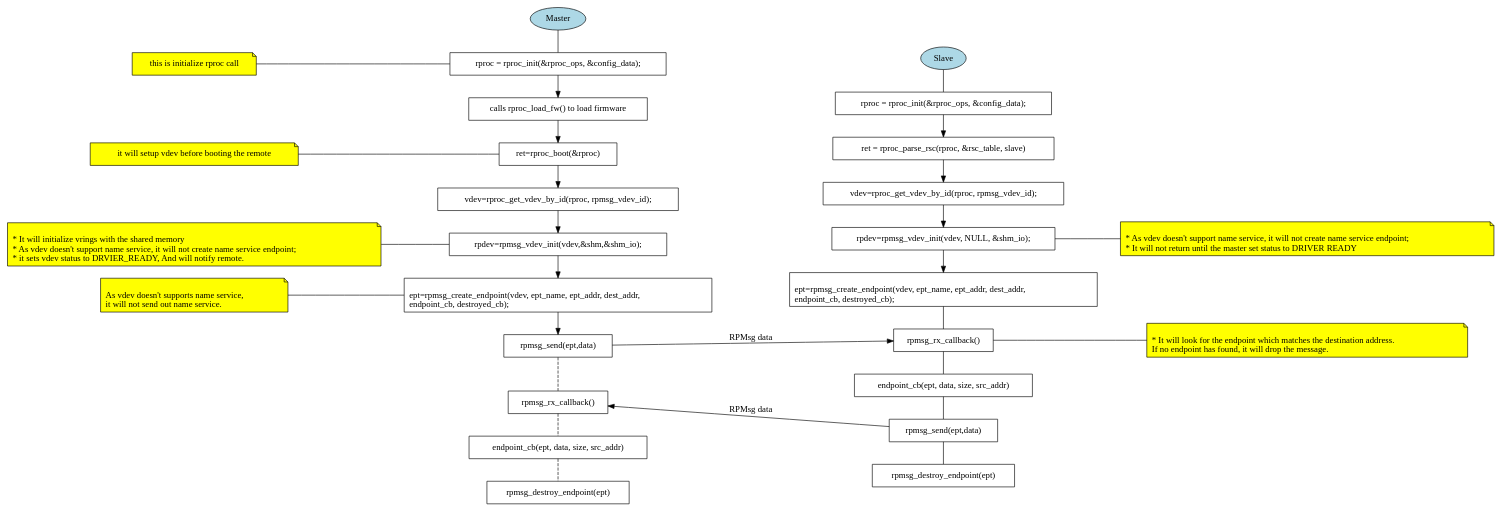
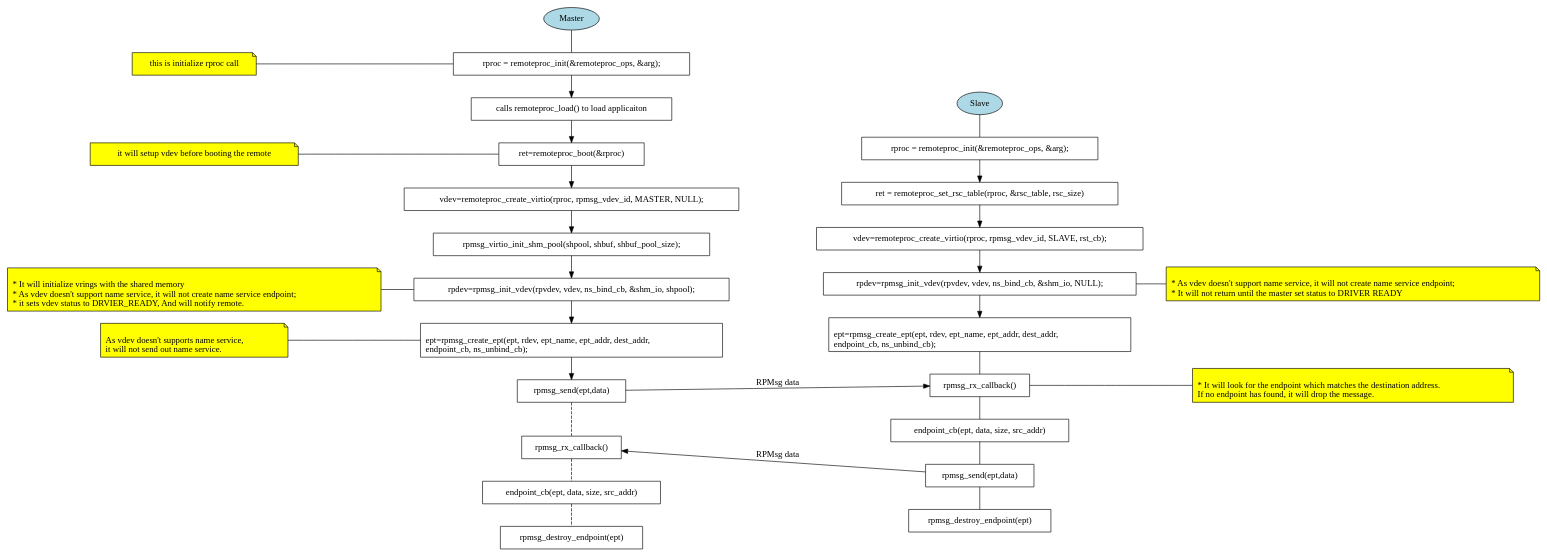
Before and after one commit to OpenAMP/open-amp: the diagram in docs/img-src/coprocessor-rpmsg-static-ep.gv, drawn with Graphviz. The commit also changed 5 other files, not shown here.

```diff
--- a/docs/img-src/coprocessor-rpmsg-static-ep.gv
+++ b/docs/img-src/coprocessor-rpmsg-static-ep.gv
@@ -1,85 +1,86 @@
 // RPMsg static endpoints
 
 digraph G {
   rankdir="LR";
 
   subgraph roles {
     node [style="filled", fillcolor="lightblue"];
     master [label="Master"];
     slave [label="Slave"];
   }
 
   subgraph m_comment_nodes {
     node [group=m_comment, shape="note", style="filled", fillcolor="yellow"];
     rank="same";
-    m_rproc_init_comment [label="this is initialize rproc call"];
-    m_rproc_boot_comment [label="it will setup vdev before booting the remote"];
+    m_remoteproc_init_comment [label="this is initialize rproc call"];
+    m_remoteproc_boot_comment [label="it will setup vdev before booting the remote"];
     m_rpmsg_vdev_init_comment [label="\l* It will initialize vrings with the shared memory\l* As vdev doesn't support name service, it will not create name service endpoint;\l* it sets vdev status to DRVIER_READY, And will notify remote.\l"];
     m_rpmsg_create_ep_comment [label="\lAs vdev doesn't supports name service,\lit will not send out name service.\l"];
   }
 
   subgraph m_flow_nodes {
     node [shape="box"];
     rank="same";
-    m_rproc_init [label="rproc = rproc_init(&rproc_ops, &config_data);"];
-    m_rproc_load_fw [label="calls rproc_load_fw() to load firmware"];
-    m_rproc_boot [shape="box", label="ret=rproc_boot(&rproc)"];
-    m_rproc_get_vdev [label="vdev=rproc_get_vdev_by_id(rproc, rpmsg_vdev_id);"];
-    m_rpmsg_vdev_init [label="rpdev=rpmsg_vdev_init(vdev,&shm,&shm_io);"];
-    m_rpmsg_create_ep [label="\lept=rpmsg_create_endpoint(vdev, ept_name, ept_addr, dest_addr, \lendpoint_cb, destroyed_cb);\l"];
+    m_remoteproc_init [label="rproc = remoteproc_init(&remoteproc_ops, &arg);"];
+    m_remoteproc_load [label="calls remoteproc_load() to load applicaiton"];
+    m_remoteproc_boot [shape="box", label="ret=remoteproc_boot(&rproc)"];
+    m_remoteproc_get_vdev [label="vdev=remoteproc_create_virtio(rproc, rpmsg_vdev_id, MASTER, NULL);"];
+    m_rpmsg_shmpool_init[label="rpmsg_virtio_init_shm_pool(shpool, shbuf, shbuf_pool_size);"];
+    m_rpmsg_vdev_init [label="rpdev=rpmsg_init_vdev(rpvdev, vdev, ns_bind_cb, &shm_io, shpool);"];
+    m_rpmsg_create_ep [label="\lept=rpmsg_create_ept(ept, rdev, ept_name, ept_addr, dest_addr, \lendpoint_cb, ns_unbind_cb);\l"];
     m_rpmsg_send [label="rpmsg_send(ept,data)"];
     m_rpmsg_rx_cb [label="rpmsg_rx_callback()"];
     m_ep_cb [label="endpoint_cb(ept, data, size, src_addr)"];
     m_rpmsg_destroy_ep [label="rpmsg_destroy_endpoint(ept)"];
 
-    m_rproc_init -> m_rproc_load_fw -> m_rproc_boot -> m_rproc_get_vdev ->
-    m_rpmsg_vdev_init -> m_rpmsg_create_ep -> m_rpmsg_send;
+    m_remoteproc_init -> m_remoteproc_load -> m_remoteproc_boot -> m_remoteproc_get_vdev ->
+    m_rpmsg_shmpool_init -> m_rpmsg_vdev_init -> m_rpmsg_create_ep -> m_rpmsg_send;
     m_rpmsg_send -> m_rpmsg_rx_cb -> m_ep_cb ->
     m_rpmsg_destroy_ep [dir="none", style="dashed"];
   }
 
   subgraph s_flow_nodes {
     rank="same";
     node [shape="box"];
-    s_rproc_init [label="rproc = rproc_init(&rproc_ops, &config_data);"];
+    s_remoteproc_init [label="rproc = remoteproc_init(&remoteproc_ops, &arg);"];
 
-    s_rproc_parse_rsc [label="ret = rproc_parse_rsc(rproc, &rsc_table, slave)"];
-    s_rproc_get_vdev [label="vdev=rproc_get_vdev_by_id(rproc, rpmsg_vdev_id);"];
-    s_rpmsg_vdev_init [label="rpdev=rpmsg_vdev_init(vdev, NULL, &shm_io);"];
-    s_rpmsg_create_ep [label="\lept=rpmsg_create_endpoint(vdev, ept_name, ept_addr, dest_addr, \lendpoint_cb, destroyed_cb);\l"];
+    s_remoteproc_parse_rsc [label="ret = remoteproc_set_rsc_table(rproc, &rsc_table, rsc_size)"];
+    s_remoteproc_get_vdev [label="vdev=remoteproc_create_virtio(rproc, rpmsg_vdev_id, SLAVE, rst_cb);"];
+    s_rpmsg_vdev_init [label="rpdev=rpmsg_init_vdev(rpvdev, vdev, ns_bind_cb, &shm_io, NULL);"];
+    s_rpmsg_create_ep [label="\lept=rpmsg_create_ept(ept, rdev, ept_name, ept_addr, dest_addr, \lendpoint_cb, ns_unbind_cb);\l"];
     s_rpmsg_send [label="rpmsg_send(ept,data)"];
     s_rpmsg_rx_cb [label="rpmsg_rx_callback()"];
     s_ep_cb [label="endpoint_cb(ept, data, size, src_addr)"];
     s_rpmsg_destroy_ep [label="rpmsg_destroy_endpoint(ept)"];
 
-    s_rproc_init -> s_rproc_parse_rsc -> s_rproc_get_vdev ->
+    s_remoteproc_init -> s_remoteproc_parse_rsc -> s_remoteproc_get_vdev ->
     s_rpmsg_vdev_init -> s_rpmsg_create_ep;
     s_rpmsg_create_ep -> s_rpmsg_rx_cb ->
     s_ep_cb -> s_rpmsg_send -> s_rpmsg_destroy_ep [dir="none", style="dash"];
 
   }
 
   subgraph s_comment_nodes {
     node [group=s_comment, shape="note", style="filled", fillcolor="yellow"];
     rank="same";
     s_rpmsg_vdev_init_comment [label="\l* As vdev doesn't support name service, it will not create name service endpoint;\l* It will not return until the master set status to DRIVER READY\l"];
     s_rpmsg_rx_cb_comment [label="\l* It will look for the endpoint which matches the destination address.\lIf no endpoint has found, it will drop the message.\l"];
   }
 
-  master -> m_rproc_init [dir="none"];
-  slave -> s_rproc_init [dir="none"];
+  master -> m_remoteproc_init [dir="none"];
+  slave -> s_remoteproc_init [dir="none"];
   m_rpmsg_send -> s_rpmsg_rx_cb [label="RPMsg data"];
   s_rpmsg_send -> m_rpmsg_rx_cb [label="RPMsg data"];
 
-  m_rproc_init_comment -> m_rproc_init [dir="none"];
-  m_rproc_boot_comment -> m_rproc_boot [dir="none"];
+  m_remoteproc_init_comment -> m_remoteproc_init [dir="none"];
+  m_remoteproc_boot_comment -> m_remoteproc_boot [dir="none"];
   m_rpmsg_vdev_init_comment -> m_rpmsg_vdev_init [dir="none"];
   m_rpmsg_create_ep_comment -> m_rpmsg_create_ep [dir="none"];
 
   s_rpmsg_vdev_init -> s_rpmsg_vdev_init_comment [dir="none"];
   s_rpmsg_rx_cb -> s_rpmsg_rx_cb_comment [dir="none"];
 
-  {rank=same; master; m_rproc_init}
-  {rank=same; slave; s_rproc_init}
+  {rank=same; master; m_remoteproc_init}
+  {rank=same; slave; s_remoteproc_init}
 
 }
```
